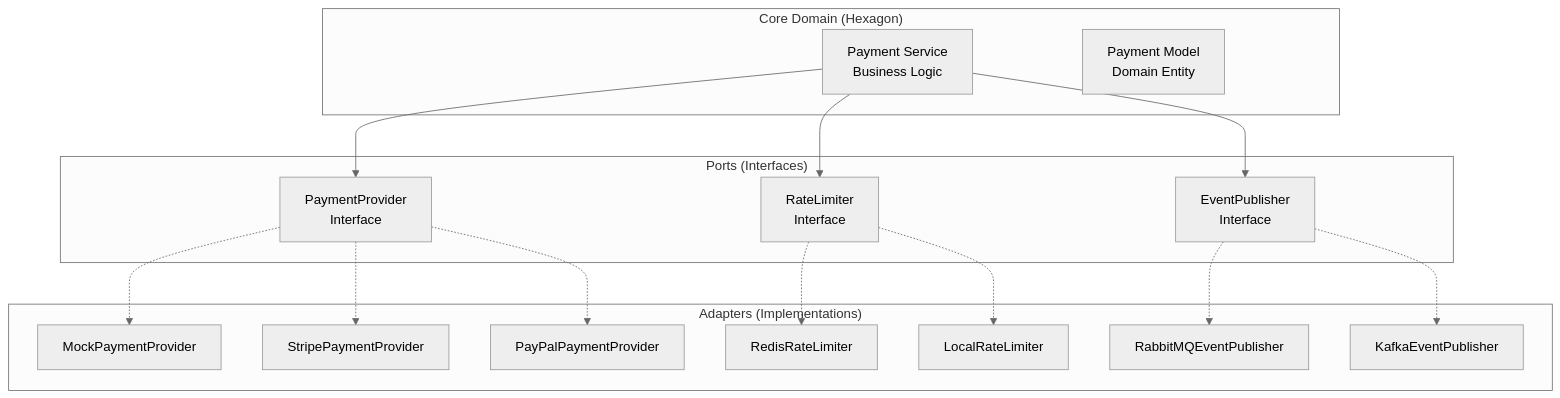
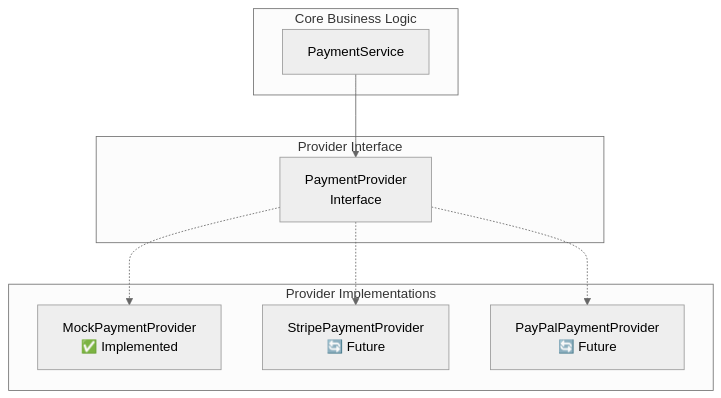
The fourth of 5 diagrams in README.md (Nardos-Tsega/po), drawn with Mermaid (neutral theme) before and after one commit. The commit also changed other lines of this file and 9 other files, not shown here.

````diff
--- a/README.md
+++ b/README.md
@@ -202,39 +139,21 @@
 ```mermaid
 graph TB
-    subgraph "Core Domain (Hexagon)"
-        PS[Payment Service<br/>Business Logic]
-        PM[Payment Model<br/>Domain Entity]
+    subgraph "Core Business Logic"
+        PS[PaymentService]
     end
     
-    subgraph "Ports (Interfaces)"
+    subgraph "Provider Interface"
         PP[PaymentProvider<br/>Interface]
-        RL[RateLimiter<br/>Interface]
-        ER[EventPublisher<br/>Interface]
     end
     
-    subgraph "Adapters (Implementations)"
-        MP[MockPaymentProvider]
-        SP[StripePaymentProvider]
-        PPP[PayPalPaymentProvider]
-        
-        RR[RedisRateLimiter]
-        LR[LocalRateLimiter]
-        
-        RE[RabbitMQEventPublisher]
-        KE[KafkaEventPublisher]
+    subgraph "Provider Implementations"
+        MOCK[MockPaymentProvider<br/>✅ Implemented]
+        STRIPE[StripePaymentProvider<br/>🔄 Future]
+        PAYPAL[PayPalPaymentProvider<br/>🔄 Future]
     end
     
     PS --> PP
-    PS --> RL
-    PS --> ER
-    
-    PP -.-> MP
-    PP -.-> SP
-    PP -.-> PPP
-    
-    RL -.-> RR
-    RL -.-> LR
-    
-    ER -.-> RE
-    ER -.-> KE
+    PP -.-> MOCK
+    PP -.-> STRIPE
+    PP -.-> PAYPAL
 ```
````
